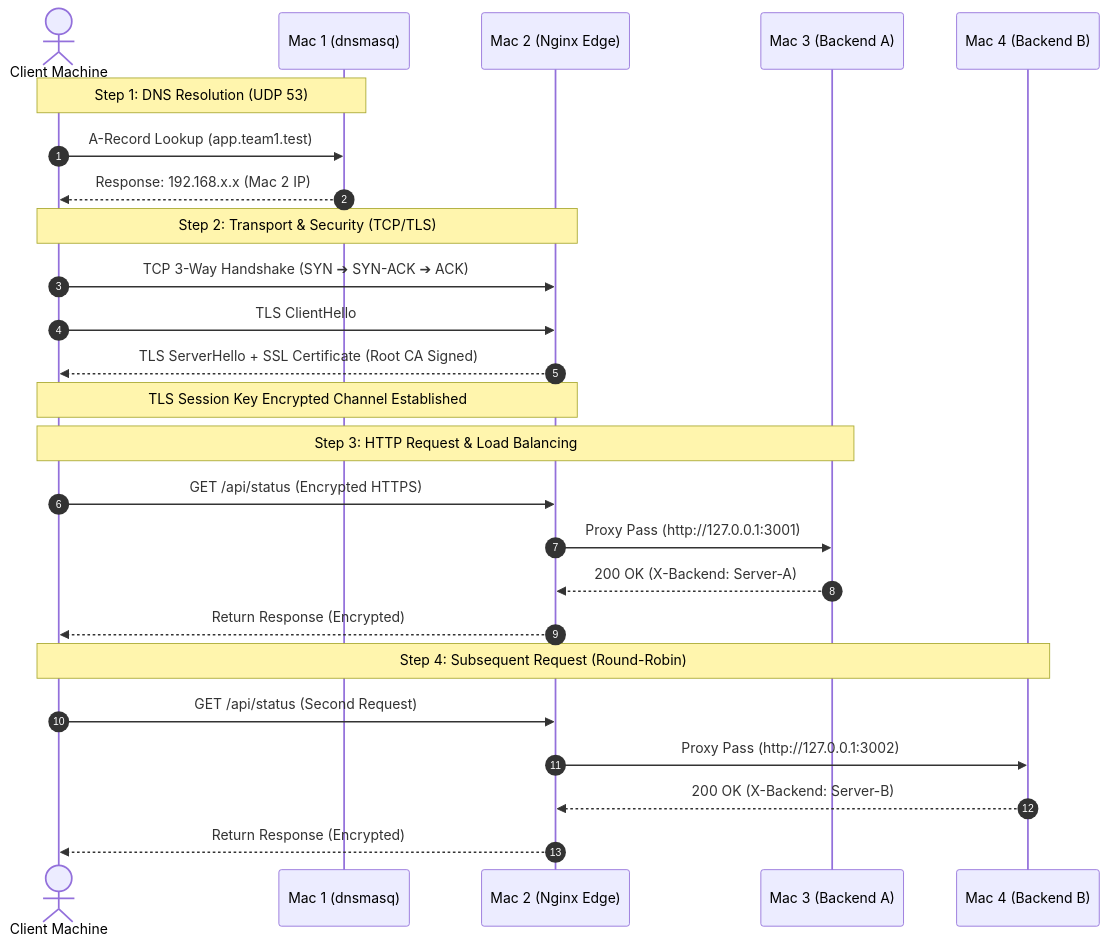
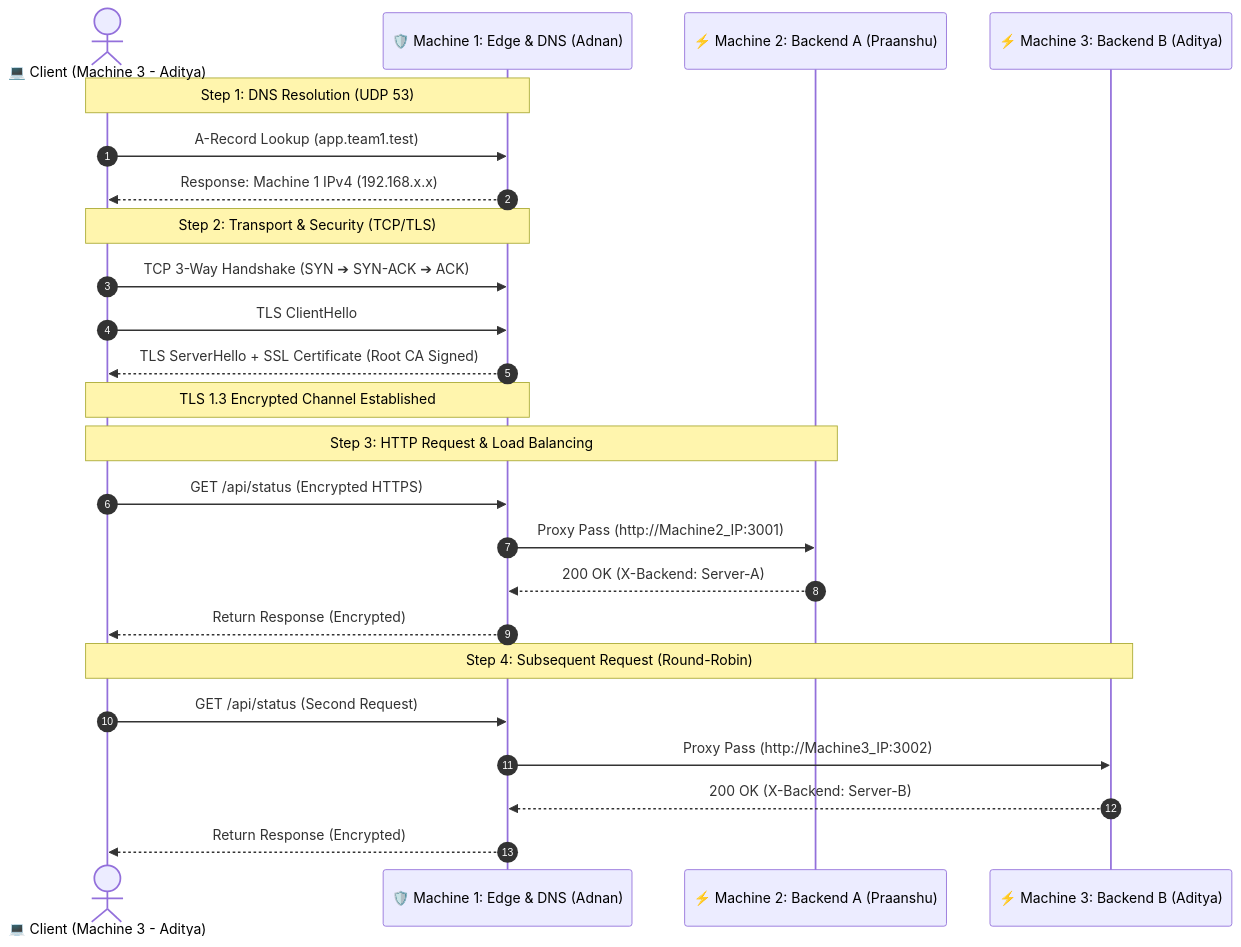
Before and after one commit to adnan275/CloudPulse: the second of 2 diagrams in README.md, drawn with Mermaid. The commit also changed other lines of this file, not shown here.

Commit message:
docs: update Mermaid flowchart and sequence diagrams for 3-machine deployment

````diff
--- a/README.md
+++ b/README.md
@@ -48,31 +47,30 @@
 ```mermaid
 sequenceDiagram
     autonumber
-    actor Client as Client Machine
-    participant DNS as Mac 1 (dnsmasq)
-    participant Edge as Mac 2 (Nginx Edge)
-    participant NodeA as Mac 3 (Backend A)
-    participant NodeB as Mac 4 (Backend B)
+    actor Client as 💻 Client (Machine 3 - Aditya)
+    participant Gateway as 🛡️ Machine 1: Edge & DNS (Adnan)
+    participant NodeA as ⚡ Machine 2: Backend A (Praanshu)
+    participant NodeB as ⚡ Machine 3: Backend B (Aditya)
 
-    Note over Client, DNS: Step 1: DNS Resolution (UDP 53)
-    Client->>DNS: A-Record Lookup (app.team1.test)
-    DNS-->>Client: Response: 192.168.x.x (Mac 2 IP)
+    Note over Client, Gateway: Step 1: DNS Resolution (UDP 53)
+    Client->>Gateway: A-Record Lookup (app.team1.test)
+    Gateway-->>Client: Response: Machine 1 IPv4 (192.168.x.x)
 
-    Note over Client, Edge: Step 2: Transport & Security (TCP/TLS)
-    Client->>Edge: TCP 3-Way Handshake (SYN ➔ SYN-ACK ➔ ACK)
-    Client->>Edge: TLS ClientHello
-    Edge-->>Client: TLS ServerHello + SSL Certificate (Root CA Signed)
-    Note over Client, Edge: TLS Session Key Encrypted Channel Established
+    Note over Client, Gateway: Step 2: Transport & Security (TCP/TLS)
+    Client->>Gateway: TCP 3-Way Handshake (SYN ➔ SYN-ACK ➔ ACK)
+    Client->>Gateway: TLS ClientHello
+    Gateway-->>Client: TLS ServerHello + SSL Certificate (Root CA Signed)
+    Note over Client, Gateway: TLS 1.3 Encrypted Channel Established
 
     Note over Client, NodeA: Step 3: HTTP Request & Load Balancing
-    Client->>Edge: GET /api/status (Encrypted HTTPS)
-    Edge->>NodeA: Proxy Pass (http://127.0.0.1:3001)
-    NodeA-->>Edge: 200 OK (X-Backend: Server-A)
-    Edge-->>Client: Return Response (Encrypted)
+    Client->>Gateway: GET /api/status (Encrypted HTTPS)
+    Gateway->>NodeA: Proxy Pass (http://Machine2_IP:3001)
+    NodeA-->>Gateway: 200 OK (X-Backend: Server-A)
+    Gateway-->>Client: Return Response (Encrypted)
 
     Note over Client, NodeB: Step 4: Subsequent Request (Round-Robin)
-    Client->>Edge: GET /api/status (Second Request)
-    Edge->>NodeB: Proxy Pass (http://127.0.0.1:3002)
-    NodeB-->>Edge: 200 OK (X-Backend: Server-B)
-    Edge-->>Client: Return Response (Encrypted)
+    Client->>Gateway: GET /api/status (Second Request)
+    Gateway->>NodeB: Proxy Pass (http://Machine3_IP:3002)
+    NodeB-->>Gateway: 200 OK (X-Backend: Server-B)
+    Gateway-->>Client: Return Response (Encrypted)
 ```
````
